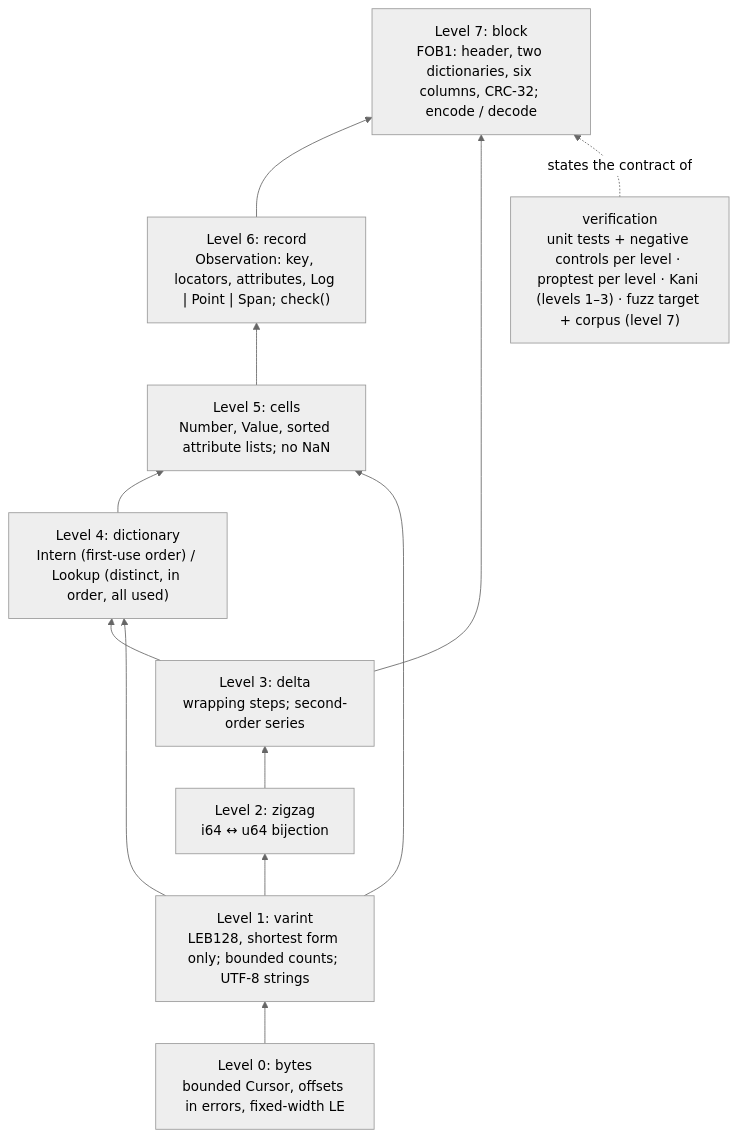
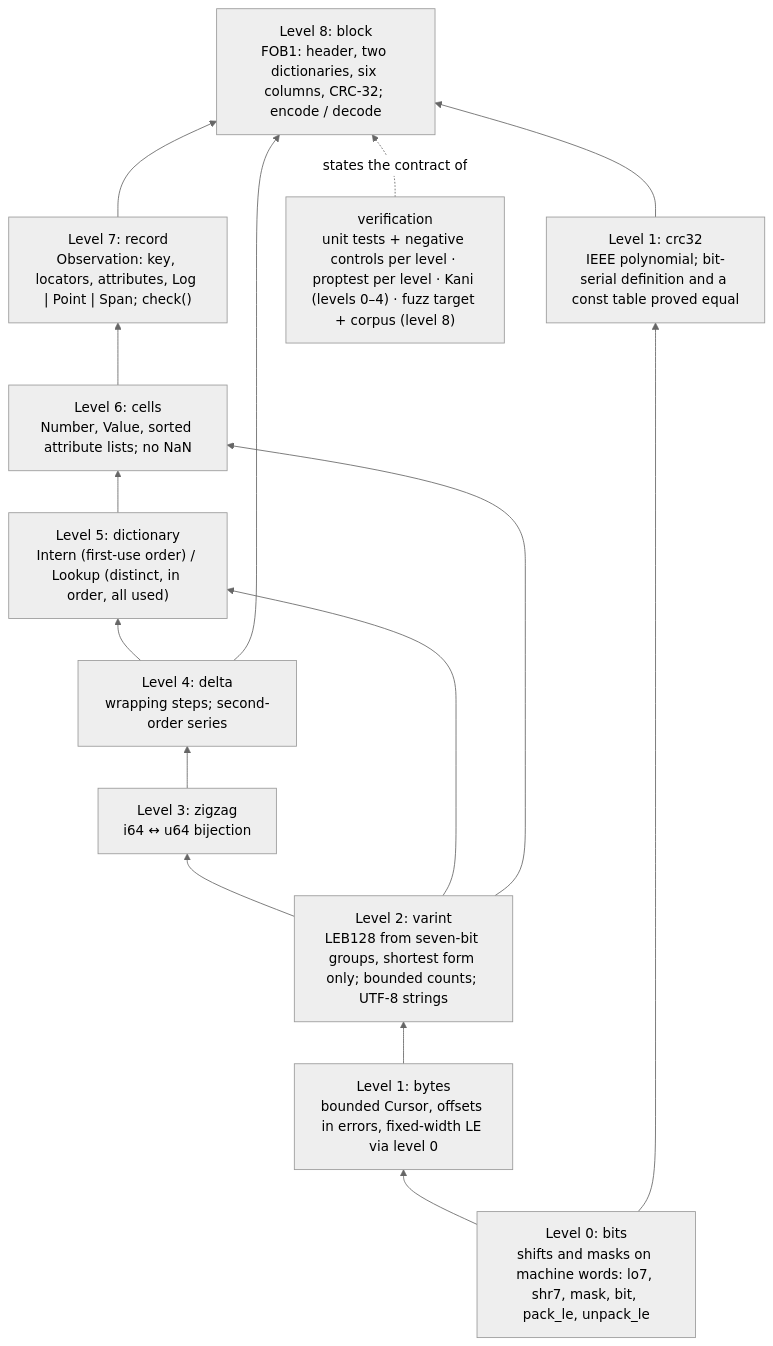
One commit to kmosoti/FabricO11y changed the diagram in docs/diagrams/observation-tower.mmd. Above: the diagram before and after it, drawn with Mermaid (neutral theme). The commit also changed 21 other files, not shown here.

First line of the commit message:
Take the observation codec down to bit operations with no dependencies

```diff
--- a/docs/diagrams/observation-tower.mmd
+++ b/docs/diagrams/observation-tower.mmd
@@ -1,15 +1,18 @@
 flowchart BT
-    L0["Level 0: bytes<br/>bounded Cursor, offsets in errors, fixed-width LE"]
-    L1["Level 1: varint<br/>LEB128, shortest form only; bounded counts; UTF-8 strings"]
-    L2["Level 2: zigzag<br/>i64 ↔ u64 bijection"]
-    L3["Level 3: delta<br/>wrapping steps; second-order series"]
-    L4["Level 4: dictionary<br/>Intern (first-use order) / Lookup (distinct, in order, all used)"]
-    L5["Level 5: cells<br/>Number, Value, sorted attribute lists; no NaN"]
-    L6["Level 6: record<br/>Observation: key, locators, attributes, Log | Point | Span; check()"]
-    L7["Level 7: block<br/>FOB1: header, two dictionaries, six columns, CRC-32; encode / decode"]
-    L0 --> L1 --> L2 --> L3 --> L4 --> L5 --> L6 --> L7
-    L1 --> L4
-    L1 --> L5
-    L3 --> L7
-    V["verification<br/>unit tests + negative controls per level · proptest per level · Kani (levels 1–3) · fuzz target + corpus (level 7)"]
-    V -. states the contract of .-> L7
+    L0["Level 0: bits<br/>shifts and masks on machine words: lo7, shr7, mask, bit, pack_le, unpack_le"]
+    L1a["Level 1: bytes<br/>bounded Cursor, offsets in errors, fixed-width LE via level 0"]
+    L1b["Level 1: crc32<br/>IEEE polynomial; bit-serial definition and a const table proved equal"]
+    L2["Level 2: varint<br/>LEB128 from seven-bit groups, shortest form only; bounded counts; UTF-8 strings"]
+    L3["Level 3: zigzag<br/>i64 ↔ u64 bijection"]
+    L4["Level 4: delta<br/>wrapping steps; second-order series"]
+    L5["Level 5: dictionary<br/>Intern (first-use order) / Lookup (distinct, in order, all used)"]
+    L6["Level 6: cells<br/>Number, Value, sorted attribute lists; no NaN"]
+    L7["Level 7: record<br/>Observation: key, locators, attributes, Log | Point | Span; check()"]
+    L8["Level 8: block<br/>FOB1: header, two dictionaries, six columns, CRC-32; encode / decode"]
+    L0 --> L1a --> L2 --> L3 --> L4 --> L5 --> L6 --> L7 --> L8
+    L0 --> L1b --> L8
+    L2 --> L5
+    L2 --> L6
+    L4 --> L8
+    V["verification<br/>unit tests + negative controls per level · proptest per level · Kani (levels 0–4) · fuzz target + corpus (level 8)"]
+    V -. states the contract of .-> L8
```
